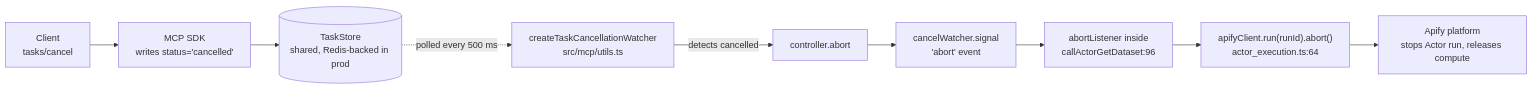
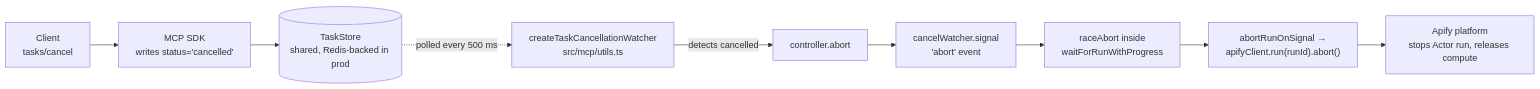
The third of 3 diagrams in res/tasks_cancel_abort_flow.md (blockhabae-blip/MCP-Server), drawn with Mermaid before and after one commit. The commit also changed other lines of this file and 9 other files, not shown here.

````diff
--- a/res/tasks_cancel_abort_flow.md
+++ b/res/tasks_cancel_abort_flow.md
@@ -140,11 +133,11 @@
 ```mermaid
 flowchart LR
     A[Client<br/>tasks/cancel] --> B[MCP SDK<br/>writes status='cancelled']
     B --> C[(TaskStore<br/>shared, Redis-backed in prod)]
     C -. polled every 500 ms .-> D[createTaskCancellationWatcher<br/>src/mcp/utils.ts]
     D -- detects cancelled --> E[controller.abort]
     E --> F[cancelWatcher.signal<br/>'abort' event]
-    F --> G[abortListener inside<br/>callActorGetDataset:96]
-    G --> H["apifyClient.run(runId).abort()<br/>actor_execution.ts:64"]
+    F --> G[raceAbort inside<br/>waitForRunWithProgress]
+    G --> H["abortRunOnSignal →<br/>apifyClient.run(runId).abort()"]
     H --> I[Apify platform<br/>stops Actor run, releases compute]
 ```
````
